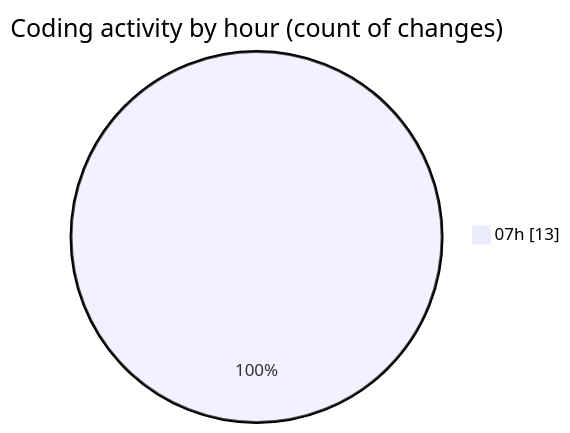
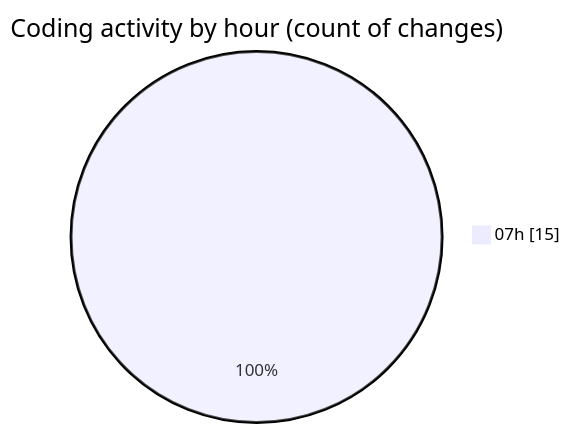
Before and after one commit to momahboobian/code-tracking: the second of 2 diagrams in 2026-08-21/cda/README.md, drawn with Mermaid. The commit also changed other lines of this file and 1 other file, not shown here.

````diff
--- a/2026-08-21/cda/README.md
+++ b/2026-08-21/cda/README.md
@@ -31,5 +32,5 @@
 ```mermaid
 pie showData
 title Coding activity by hour (count of changes)
-"07h" : 13
+"07h" : 15
 ```
````
